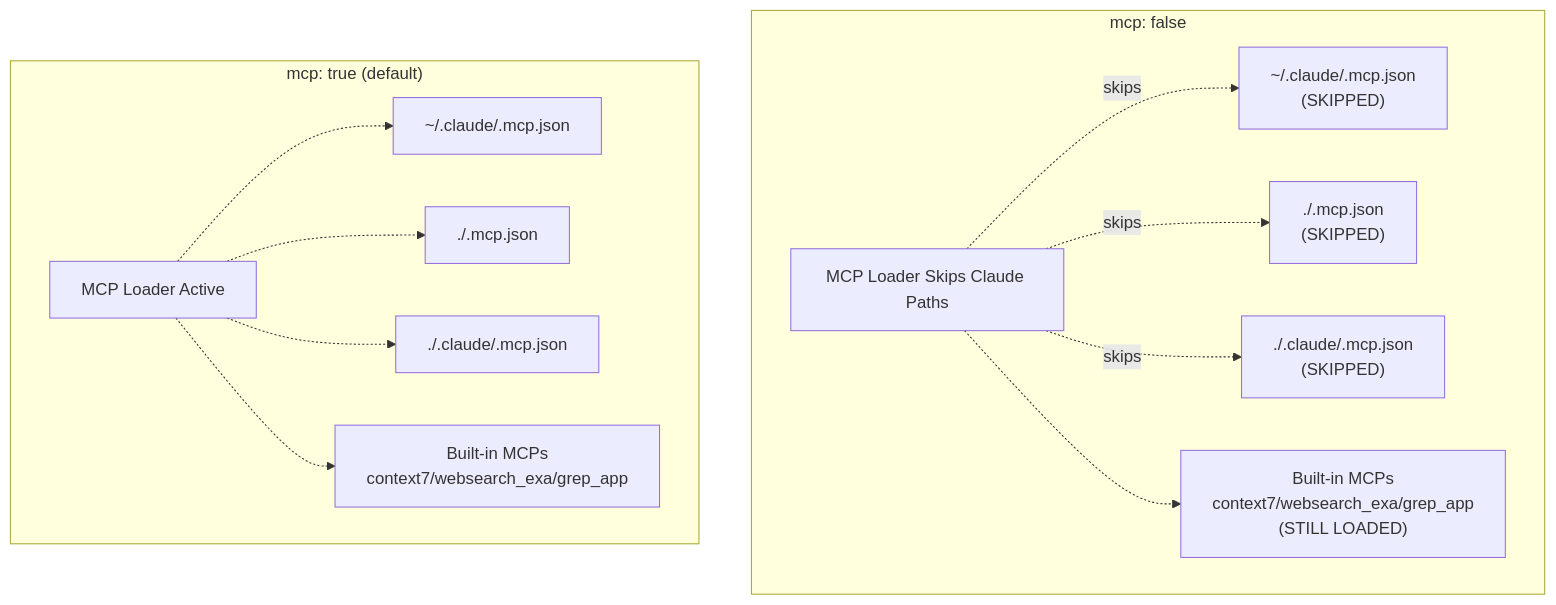
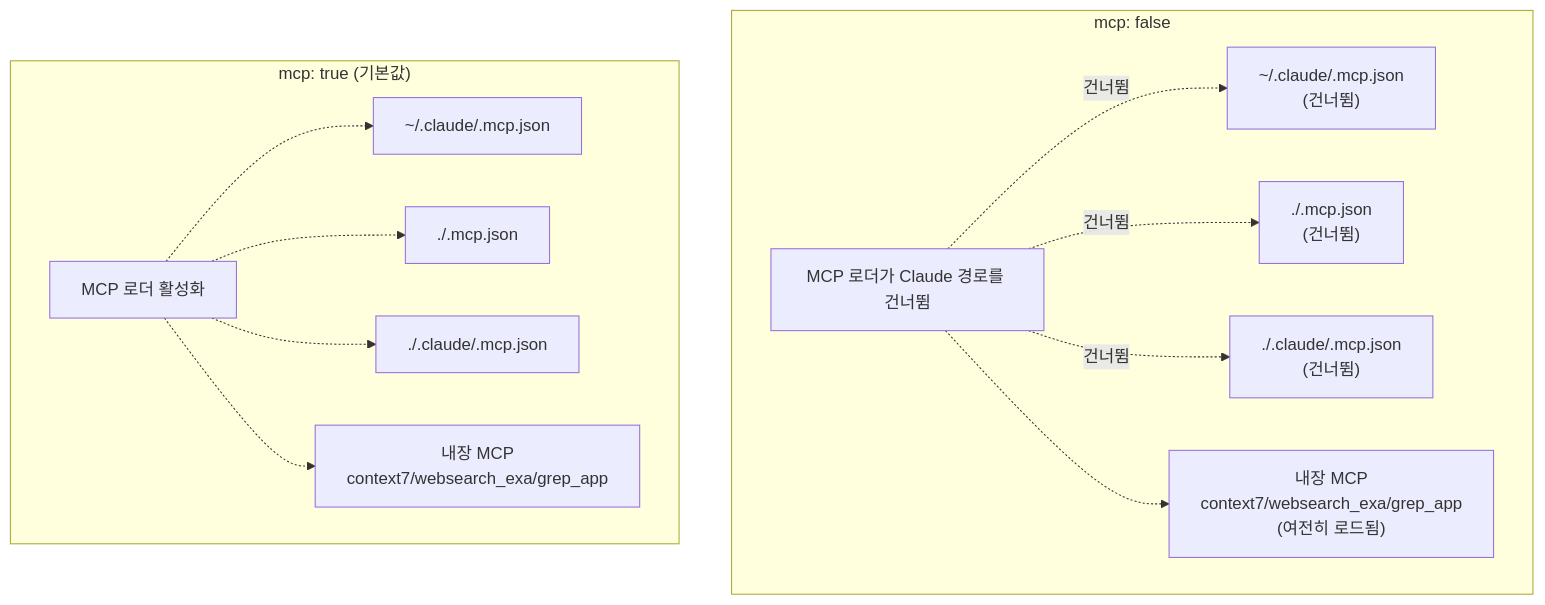
The first of 6 diagrams in docs/compatibility/compatibility-toggles.md (felipetruman/oh-my-opencode-docs), drawn with Mermaid before and after one commit. The commit also changed other lines of this file and 76 other files, not shown here.

````diff
--- a/docs/compatibility/compatibility-toggles.md
+++ b/docs/compatibility/compatibility-toggles.md
@@ -54,38 +54,38 @@
 ```mermaid
 flowchart TD
 
-MCPDisabled["MCP Loader Skips Claude Paths"]
-User2["~/.claude/.mcp.json<br>(SKIPPED)"]
-Proj2["./.mcp.json<br>(SKIPPED)"]
-Local2["./.claude/.mcp.json<br>(SKIPPED)"]
-Builtin2["Built-in MCPs<br>context7/websearch_exa/grep_app<br>(STILL LOADED)"]
-MCPEnabled["MCP Loader Active"]
+MCPDisabled["MCP 로더가 Claude 경로를 건너뜀"]
+User2["~/.claude/.mcp.json<br>(건너뜀)"]
+Proj2["./.mcp.json<br>(건너뜀)"]
+Local2["./.claude/.mcp.json<br>(건너뜀)"]
+Builtin2["내장 MCP<br>context7/websearch_exa/grep_app<br>(여전히 로드됨)"]
+MCPEnabled["MCP 로더 활성화"]
 User1["~/.claude/.mcp.json"]
 Proj1["./.mcp.json"]
 Local1["./.claude/.mcp.json"]
-Builtin1["Built-in MCPs<br>context7/websearch_exa/grep_app"]
+Builtin1["내장 MCP<br>context7/websearch_exa/grep_app"]
 
 subgraph subGraph1 ["mcp: false"]
     MCPDisabled
     User2
     Proj2
     Local2
     Builtin2
-    MCPDisabled -.->|"skips"| User2
-    MCPDisabled -.->|"skips"| Proj2
-    MCPDisabled -.->|"skips"| Local2
+    MCPDisabled -.->|"건너뜀"| User2
+    MCPDisabled -.->|"건너뜀"| Proj2
+    MCPDisabled -.->|"건너뜀"| Local2
     MCPDisabled -.-> Builtin2
 end
 
-subgraph subGraph0 ["mcp: true (default)"]
+subgraph subGraph0 ["mcp: true (기본값)"]
     MCPEnabled
     User1
     Proj1
     Local1
     Builtin1
     MCPEnabled -.-> User1
     MCPEnabled -.-> Proj1
     MCPEnabled -.-> Local1
     MCPEnabled -.-> Builtin1
 end
 ```
````
